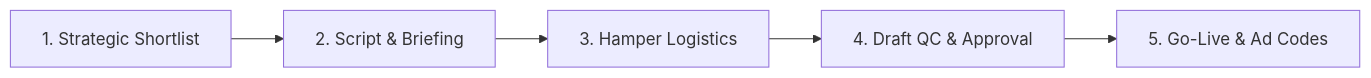
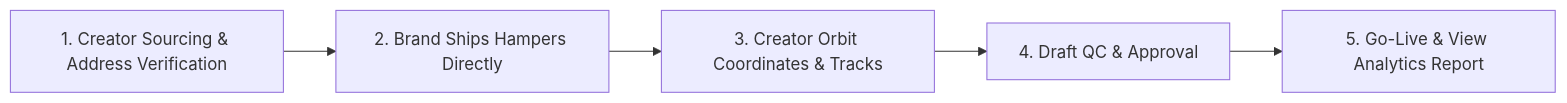
One commit to MrVRai/Influencer-Marketing changed the diagram in templates/creator_orbit_pitch_deck.md. Above: the diagram before and after it, drawn with Mermaid. The commit also changed other lines of this file and 2 other files, not shown here.

Commit message:
feat: prioritize Barter Campaign Programs as primary hero offer across outreach playbook and pitch decks, clarify direct brand shipping model

````diff
--- a/templates/creator_orbit_pitch_deck.md
+++ b/templates/creator_orbit_pitch_deck.md
@@ -38,7 +38,7 @@
 ```mermaid
 graph LR
-    A[1. Strategic Shortlist] --> B[2. Script & Briefing]
-    B --> C[3. Hamper Logistics]
+    A[1. Creator Sourcing & Address Verification] --> B[2. Brand Ships Hampers Directly]
+    B --> C[3. Creator Orbit Coordinates & Tracks]
     C --> D[4. Draft QC & Approval]
-    D --> E[5. Go-Live & Ad Codes]
+    D --> E[5. Go-Live & View Analytics Report]
 ```
````
